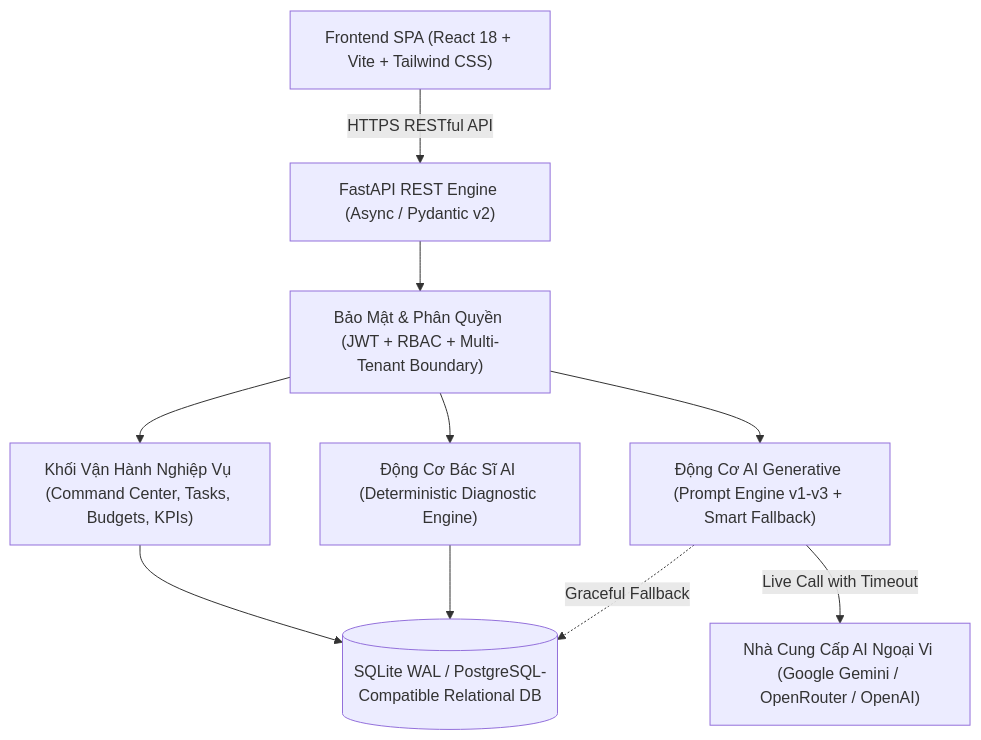
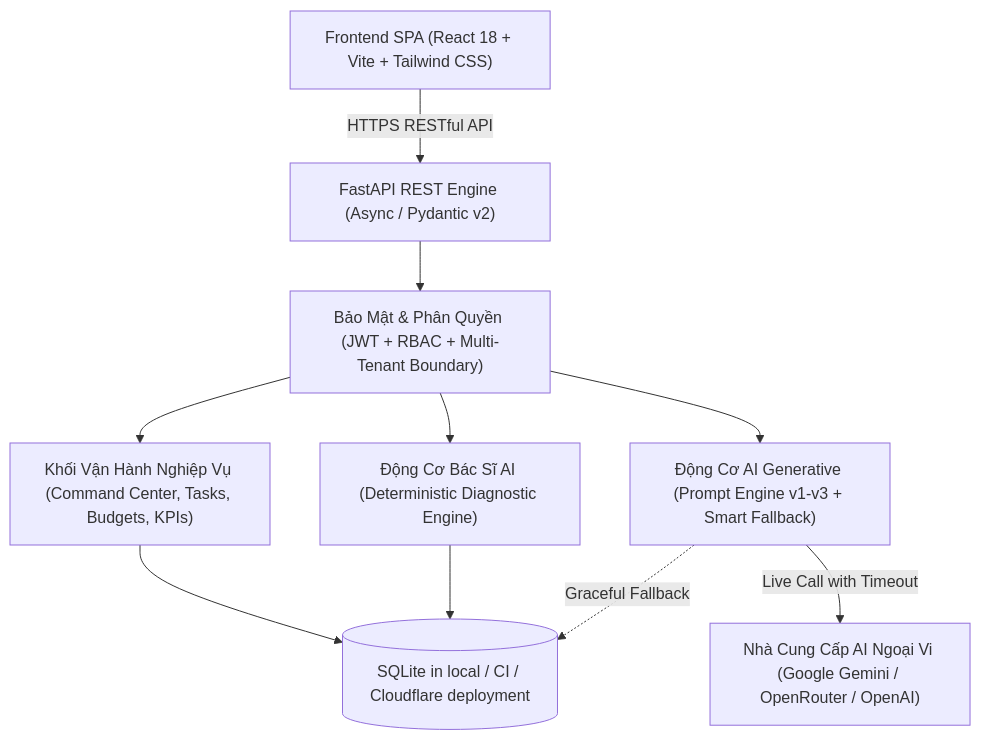
The first of 3 diagrams in docs/ARCHITECTURE.md (hieu-kiien/he-thong-quan-ly-chien-dich-marketing-co-tich-hop-ai), drawn with Mermaid before and after one commit. The commit also changed other lines of this file and 105 other files, not shown here.

````diff
--- a/docs/ARCHITECTURE.md
+++ b/docs/ARCHITECTURE.md
@@ -13,21 +14,21 @@
 ```mermaid
 graph TD
     Client["Frontend SPA (React 18 + Vite + Tailwind CSS)"]
     API["FastAPI REST Engine (Async / Pydantic v2)"]
     Auth["Bảo Mật & Phân Quyền (JWT + RBAC + Multi-Tenant Boundary)"]
     Operations["Khối Vận Hành Nghiệp Vụ (Command Center, Tasks, Budgets, KPIs)"]
     AIDoctor["Động Cơ Bác Sĩ AI (Deterministic Diagnostic Engine)"]
     AIEngine["Động Cơ AI Generative (Prompt Engine v1-v3 + Smart Fallback)"]
-    DB[(SQLite WAL / PostgreSQL-Compatible Relational DB)]
+    DB[(SQLite in local / CI / Cloudflare deployment)]
     ExternalAI["Nhà Cung Cấp AI Ngoại Vi (Google Gemini / OpenRouter / OpenAI)"]
 
     Client -->|HTTPS RESTful API| API
     API --> Auth
     Auth --> Operations
     Auth --> AIDoctor
     Auth --> AIEngine
     Operations --> DB
     AIDoctor --> DB
     AIEngine -->|Live Call with Timeout| ExternalAI
     AIEngine -.->|Graceful Fallback| DB
 ```
````
